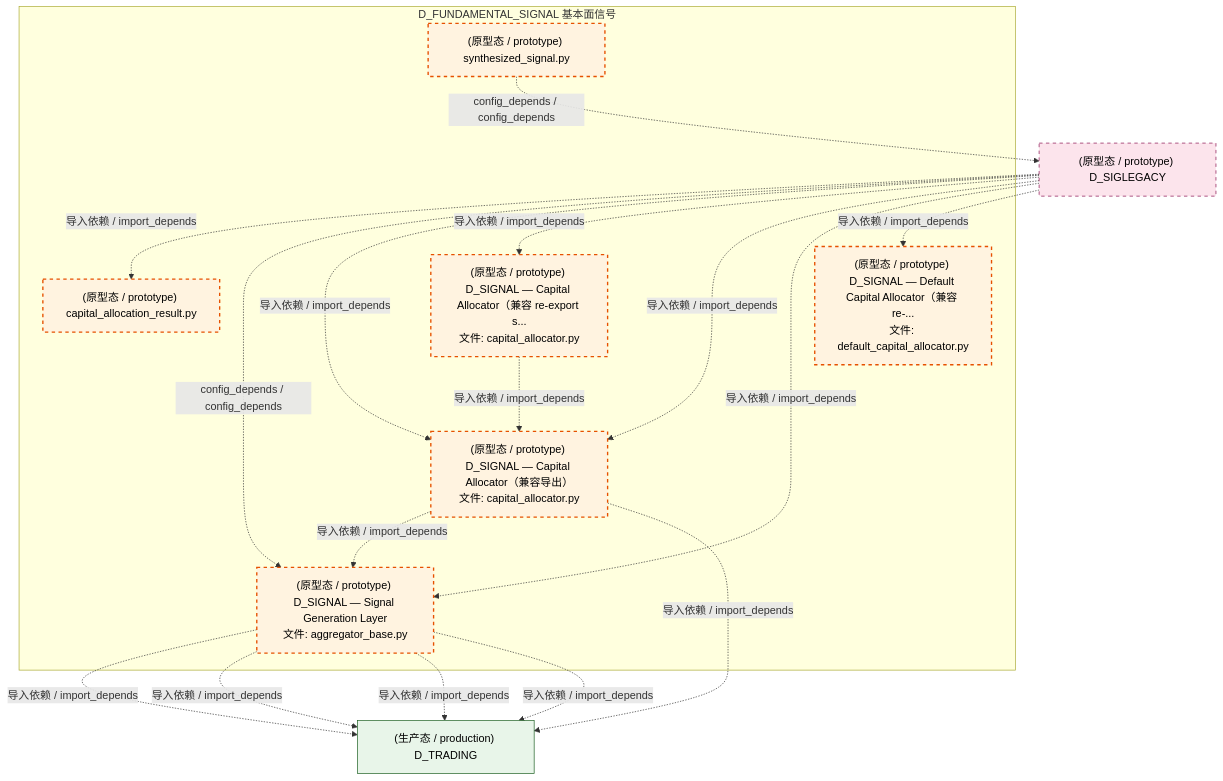
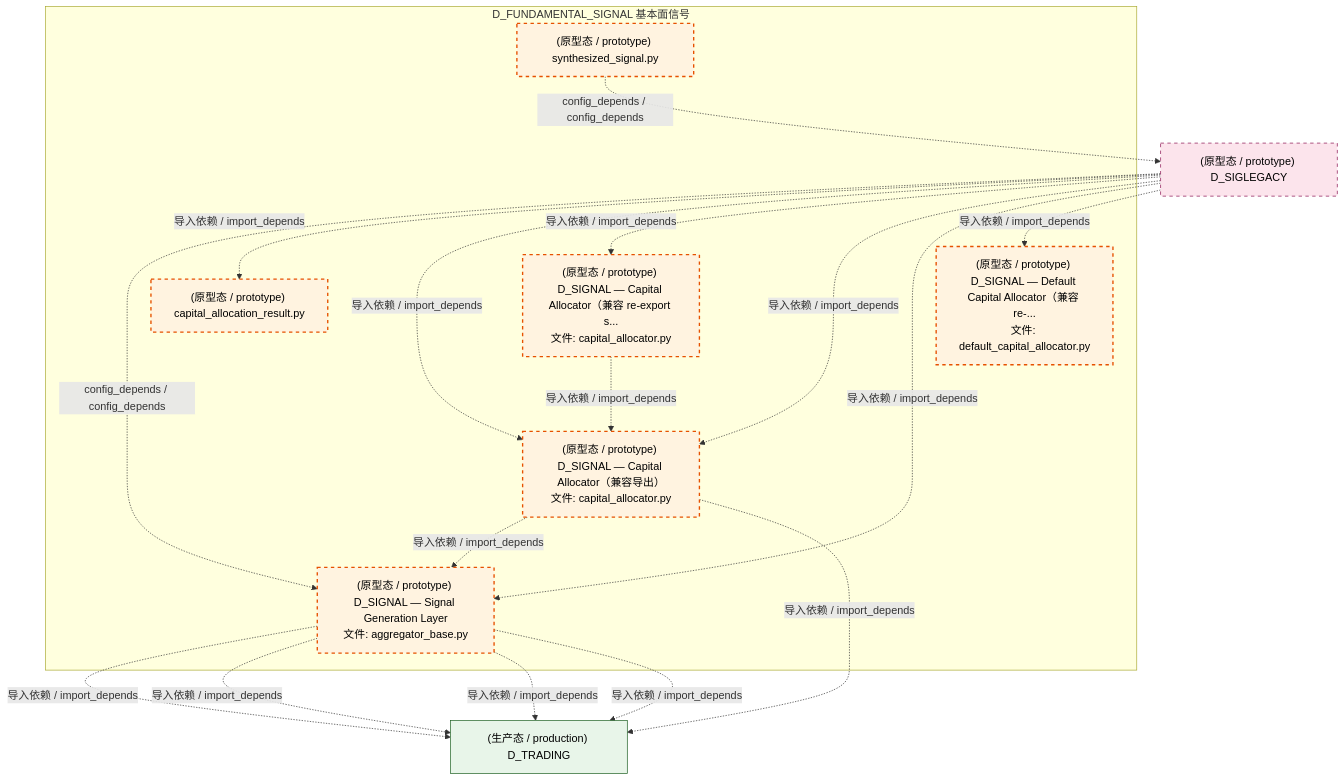
The third of 4 diagrams in docs/02_enterprise_architecture/02_domain_architecture_docs/37_d_fundamental_signal.md (xuanFelixVan/ZephyrAlpha), drawn with Mermaid before and after one commit. The commit also changed other lines of this file and 126 other files, not shown here.

````diff
--- a/docs/02_enterprise_architecture/02_domain_architecture_docs/37_d_fundamental_signal.md
+++ b/docs/02_enterprise_architecture/02_domain_architecture_docs/37_d_fundamental_signal.md
@@ -177,35 +177,35 @@
 ```mermaid
 graph TD
     subgraph D_FUNDAMENTAL_SIGNAL["D_FUNDAMENTAL_SIGNAL 基本面信号"]
         src_zephyr_signal_fundamental_capital_capital_allocation_result_py["(原型态 / prototype) capital_allocation_result.py"]
         src_zephyr_signal_fundamental_capital_capital_allocator_py["(原型态 / prototype) D_SIGNAL — Capital Allocator（兼容 re-export s...<br/>文件: capital_allocator.py"]
         src_zephyr_signal_fundamental_capital_default_capital_allocator_py["(原型态 / prototype) D_SIGNAL — Default Capital Allocator（兼容 re-...<br/>文件: default_capital_allocator.py"]
         src_zephyr_signal_fundamental_combiner_synthesized_signal_py["(原型态 / prototype) synthesized_signal.py"]
         src_zephyr_signal_fundamental_gen_aggregator_base_py["(原型态 / prototype) D_SIGNAL — Signal Generation Layer<br/>文件: aggregator_base.py"]
         src_zephyr_signal_fundamental_strategy_capital_allocator_py["(原型态 / prototype) D_SIGNAL — Capital Allocator（兼容导出）<br/>文件: capital_allocator.py"]
     end
     src_zephyr_signal_fundamental_capital_capital_allocator_py -.->|导入依赖 / import_depends| src_zephyr_signal_fundamental_strategy_capital_allocator_py
     src_zephyr_signal_fundamental_strategy_capital_allocator_py -.->|导入依赖 / import_depends| src_zephyr_signal_fundamental_gen_aggregator_base_py
     D_SIGLEGACY["(原型态 / prototype) D_SIGLEGACY"]
     src_zephyr_signal_fundamental_combiner_synthesized_signal_py -.->|config_depends / config_depends| D_SIGLEGACY
     D_TRADING["(生产态 / production) D_TRADING"]
     src_zephyr_signal_fundamental_gen_aggregator_base_py -.->|导入依赖 / import_depends| D_TRADING
     src_zephyr_signal_fundamental_gen_aggregator_base_py -.->|导入依赖 / import_depends| D_TRADING
     src_zephyr_signal_fundamental_gen_aggregator_base_py -.->|导入依赖 / import_depends| D_TRADING
     src_zephyr_signal_fundamental_gen_aggregator_base_py -.->|导入依赖 / import_depends| D_TRADING
     src_zephyr_signal_fundamental_strategy_capital_allocator_py -.->|导入依赖 / import_depends| D_TRADING
+    D_SIGLEGACY -.->|config_depends / config_depends| src_zephyr_signal_fundamental_gen_aggregator_base_py
     D_SIGLEGACY -.->|导入依赖 / import_depends| src_zephyr_signal_fundamental_capital_capital_allocation_result_py
-    D_SIGLEGACY -.->|config_depends / config_depends| src_zephyr_signal_fundamental_gen_aggregator_base_py
     D_SIGLEGACY -.->|导入依赖 / import_depends| src_zephyr_signal_fundamental_strategy_capital_allocator_py
     D_SIGLEGACY -.->|导入依赖 / import_depends| src_zephyr_signal_fundamental_capital_capital_allocator_py
     D_SIGLEGACY -.->|导入依赖 / import_depends| src_zephyr_signal_fundamental_strategy_capital_allocator_py
     D_SIGLEGACY -.->|导入依赖 / import_depends| src_zephyr_signal_fundamental_gen_aggregator_base_py
     D_SIGLEGACY -.->|导入依赖 / import_depends| src_zephyr_signal_fundamental_capital_default_capital_allocator_py
     classDef production fill:#e1f5fe,stroke:#01579b,stroke-width:2px,color:#000
     classDef design fill:#fff3e0,stroke:#e65100,stroke-width:2px,color:#000,stroke-dasharray: 5 5
     classDef external_prod fill:#e8f5e9,stroke:#1b5e20,stroke-width:1px,color:#000
     classDef external_design fill:#fce4ec,stroke:#880e4f,stroke-width:1px,color:#000,stroke-dasharray: 5 5
     class src_zephyr_signal_fundamental_capital_capital_allocation_result_py,src_zephyr_signal_fundamental_capital_capital_allocator_py,src_zephyr_signal_fundamental_capital_default_capital_allocator_py,src_zephyr_signal_fundamental_combiner_synthesized_signal_py,src_zephyr_signal_fundamental_gen_aggregator_base_py,src_zephyr_signal_fundamental_strategy_capital_allocator_py design
     class D_TRADING external_prod
     class D_SIGLEGACY external_design
 ```
````
